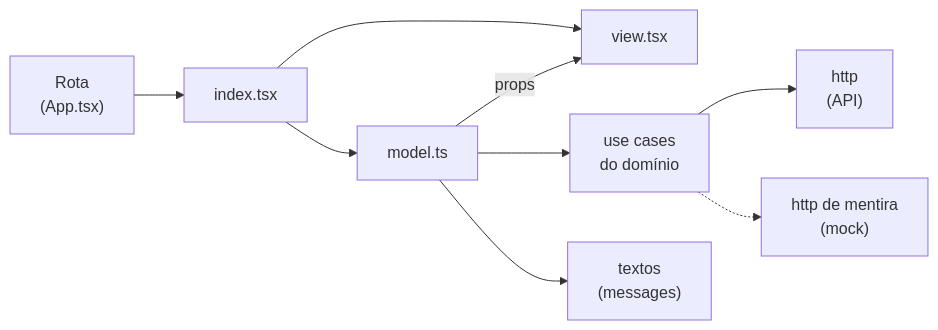
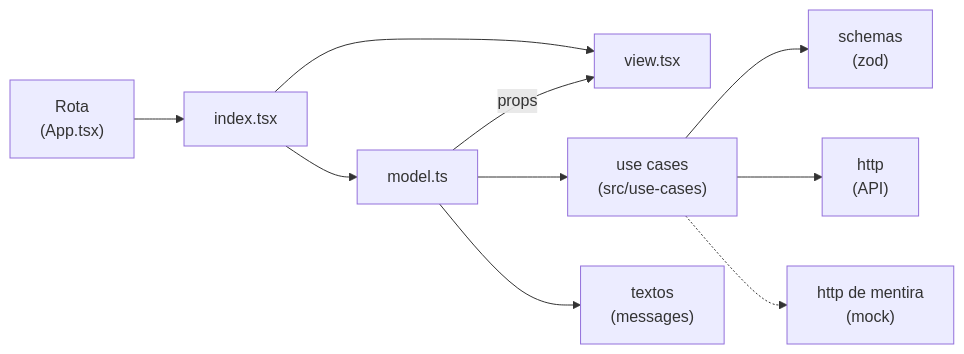
One commit to matizze/prumo changed the diagram in README.md. Above: the diagram before and after it, drawn with Mermaid. The commit also changed other lines of this file and 23 other files, not shown here.

````diff
--- a/README.md
+++ b/README.md
@@ -79,11 +74,12 @@
 ```mermaid
 flowchart LR
   route["Rota<br/>(App.tsx)"] --> index["index.tsx"]
   index --> model["model.ts"]
   index --> view["view.tsx"]
   model -- props --> view
-  model --> usecases["use cases<br/>do domínio"]
+  model --> usecases["use cases<br/>(src/use-cases)"]
   model --> messages["textos<br/>(messages)"]
+  usecases --> schemas["schemas<br/>(zod)"]
   usecases --> http["http<br/>(API)"]
   usecases -.-> mock["http de mentira<br/>(mock)"]
 ```
````
